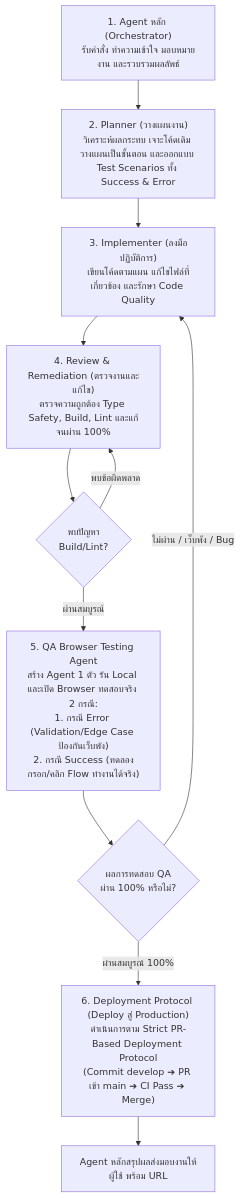
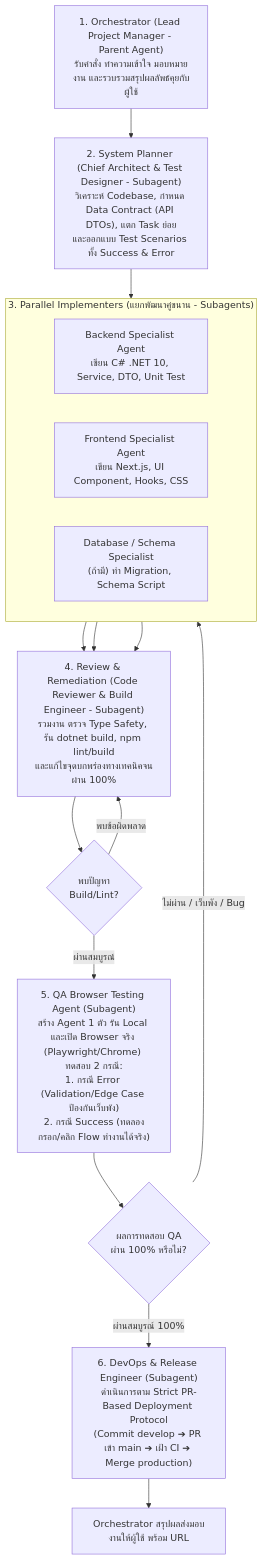
The diagram in GEMINI.md (IamPanawatDev/PocketWise), drawn with Mermaid before and after one commit. The commit also changed other lines of this file and 1 other file, not shown here.

Commit message:
docs(rules): update mandatory 6-step multi-agent workflow with parallel dev in step 3

````diff
--- a/GEMINI.md
+++ b/GEMINI.md
@@ -197,13 +197,25 @@
 ```mermaid
 flowchart TD
-    Step1["1. Agent หลัก (Orchestrator)\nรับคำสั่ง ทำความเข้าใจ มอบหมายงาน และรวบรวมผลลัพธ์"] --> Step2["2. Planner (วางแผนงาน)\nวิเคราะห์ผลกระทบ เจาะโค้ดเดิม วางแผนเป็นขั้นตอน และออกแบบ Test Scenarios ทั้ง Success & Error"]
-    Step2 --> Step3["3. Implementer (ลงมือปฏิบัติการ)\nเขียนโค้ดตามแผน แก้ไขไฟล์ที่เกี่ยวข้อง และรักษา Code Quality"]
-    Step3 --> Step4["4. Review & Remediation (ตรวจงานและแก้ไข)\nตรวจความถูกต้อง Type Safety, Build, Lint และแก้จนผ่าน 100%"]
+    Step1["1. Orchestrator (Lead Project Manager - Parent Agent)\nรับคำสั่ง ทำความเข้าใจ มอบหมายงาน และรวบรวมสรุปผลลัพธ์คุยกับผู้ใช้"] --> Step2["2. System Planner (Chief Architect & Test Designer - Subagent)\nวิเคราะห์ Codebase, กำหนด Data Contract (API DTOs), แตก Task ย่อย\nและออกแบบ Test Scenarios ทั้ง Success & Error"]
+    
+    subgraph Step3 ["3. Parallel Implementers (แยกพัฒนาคู่ขนาน - Subagents)"]
+        direction LR
+        DevBackend["Backend Specialist Agent\nเขียน C# .NET 10, Service, DTO, Unit Test"]
+        DevFrontend["Frontend Specialist Agent\nเขียน Next.js, UI Component, Hooks, CSS"]
+        DevDB["Database / Schema Specialist\n(ถ้ามี) ทำ Migration, Schema Script"]
+    end
+
+    Step2 --> Step3
+    DevBackend --> Step4["4. Review & Remediation (Code Reviewer & Build Engineer - Subagent)\nรวมงาน ตรวจ Type Safety, รัน dotnet build, npm lint/build\nและแก้ไขจุดบกพร่องทางเทคนิคจนผ่าน 100%"]
+    DevFrontend --> Step4
+    DevDB --> Step4
+
     Step4 --> Check1{"พบปัญหา\nBuild/Lint?"}
     Check1 -- "พบข้อผิดพลาด" --> Step4
-    Check1 -- "ผ่านสมบูรณ์" --> Step5["5. QA Browser Testing Agent\nสร้าง Agent 1 ตัว รัน Local และเปิด Browser ทดสอบจริง 2 กรณี:\n1. กรณี Error (Validation/Edge Case ป้องกันเว็บพัง)\n2. กรณี Success (ทดลองกรอก/คลิก Flow ทำงานได้จริง)"]
+    Check1 -- "ผ่านสมบูรณ์" --> Step5["5. QA Browser Testing Agent (Subagent)\nสร้าง Agent 1 ตัว รัน Local และเปิด Browser จริง (Playwright/Chrome) ทดสอบ 2 กรณี:\n1. กรณี Error (Validation/Edge Case ป้องกันเว็บพัง)\n2. กรณี Success (ทดลองกรอก/คลิก Flow ทำงานได้จริง)"]
+    
     Step5 --> Check2{"ผลการทดสอบ QA\nผ่าน 100% หรือไม่?"}
     Check2 -- "ไม่ผ่าน / เว็บพัง / Bug" --> Step3
-    Check2 -- "ผ่านสมบูรณ์ 100%" --> Step6["6. Deployment Protocol (Deploy สู่ Production)\nดำเนินการตาม Strict PR-Based Deployment Protocol\n(Commit develop ➔ PR เข้า main ➔ CI Pass ➔ Merge)"]
-    Step6 --> Done["Agent หลักสรุปผลส่งมอบงานให้ผู้ใช้ พร้อม URL"]
+    Check2 -- "ผ่านสมบูรณ์ 100%" --> Step6["6. DevOps & Release Engineer (Subagent)\nดำเนินการตาม Strict PR-Based Deployment Protocol\n(Commit develop ➔ PR เข้า main ➔ เฝ้า CI ➔ Merge production)"]
+    Step6 --> Done["Orchestrator สรุปผลส่งมอบงานให้ผู้ใช้ พร้อม URL"]
 ```
````
